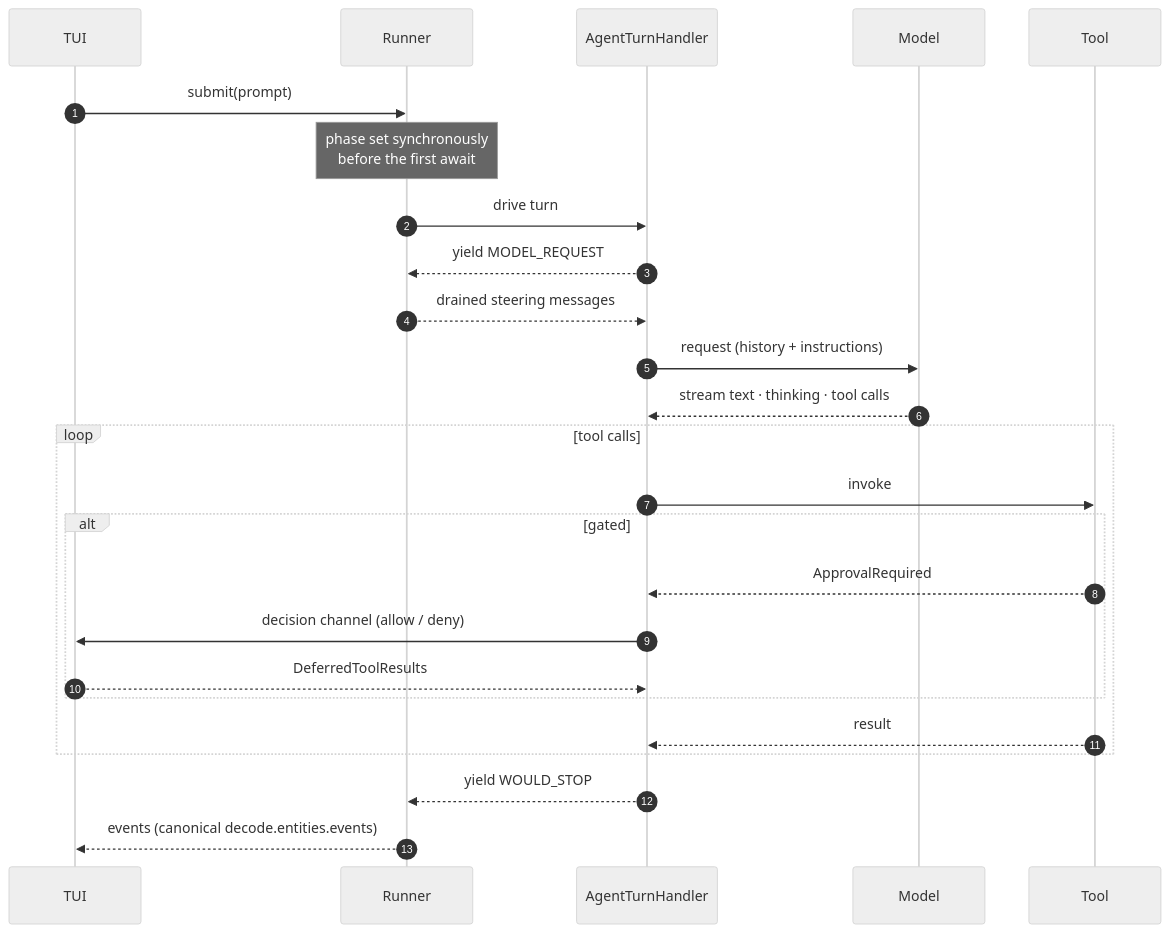
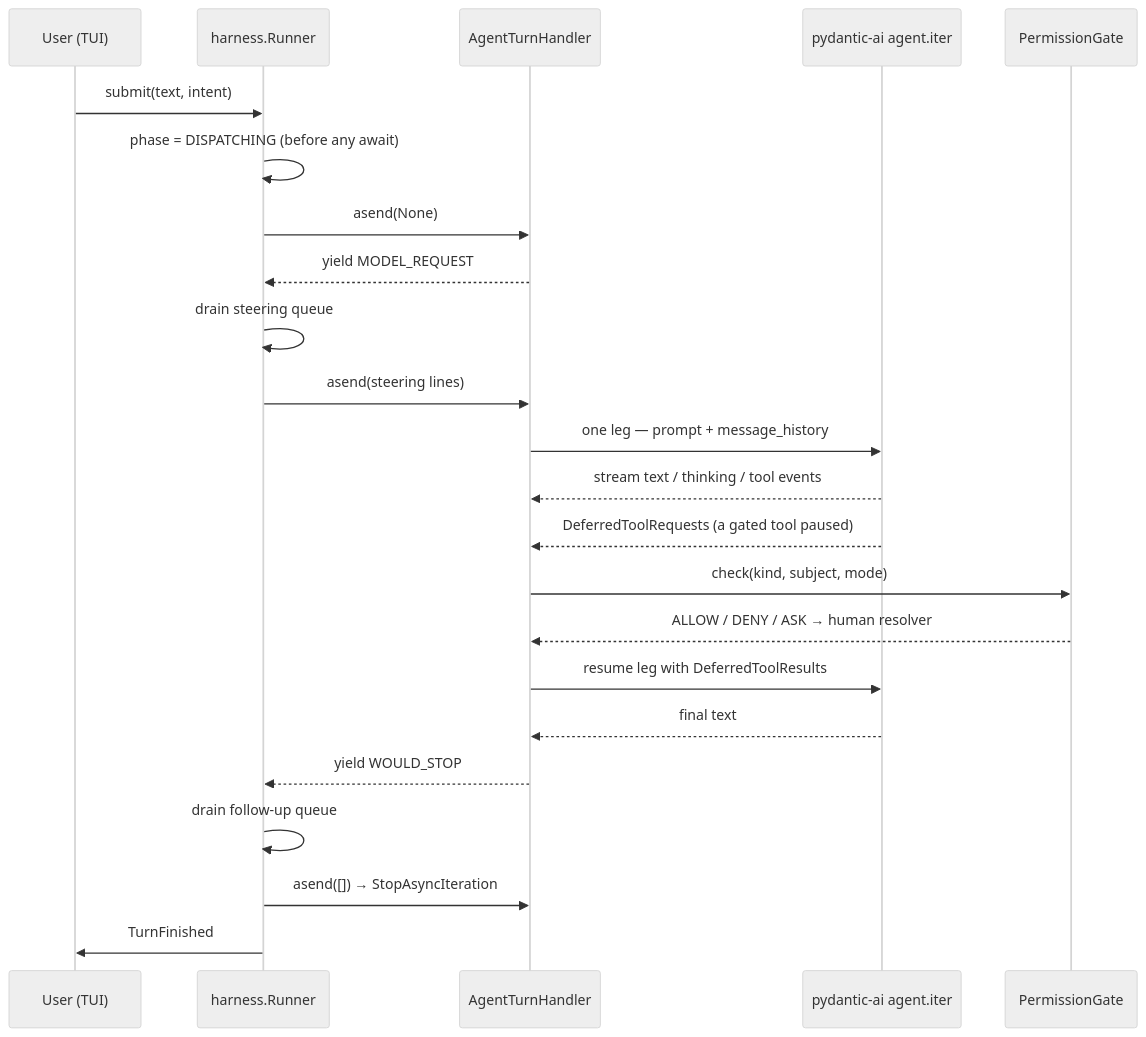
The third of 5 diagrams in 02-llm-wiki-ingest/examples/wiki-ai-engineering/wiki/repos/github-decodingai-magazine-building-a-coding-agent-from-scratch-course/ARCHITECTURE.md (decodingai-magazine/llm-wiki-workshop), drawn with Mermaid (neutral theme) before and after one commit. The commit also changed other lines of this file and 338 other files, not shown here.

````diff
--- a/02-llm-wiki-ingest/examples/wiki-ai-engineering/wiki/repos/github-decodingai-magazine-building-a-coding-agent-from-scratch-course/ARCHITECTURE.md
+++ b/02-llm-wiki-ingest/examples/wiki-ai-engineering/wiki/repos/github-decodingai-magazine-building-a-coding-agent-from-scratch-course/ARCHITECTURE.md
@@ -97,27 +132,25 @@
 ```mermaid
 sequenceDiagram
-    autonumber
-    participant U as TUI
-    participant R as Runner
+    participant U as User (TUI)
+    participant R as harness.Runner
     participant H as AgentTurnHandler
-    participant M as Model
-    participant T as Tool
-    U->>R: submit(prompt)
-    Note over R: phase set synchronously<br/>before the first await
-    R->>H: drive turn
+    participant A as pydantic-ai agent.iter
+    participant G as PermissionGate
+    U->>R: submit(text, intent)
+    R->>R: phase = DISPATCHING (before any await)
+    R->>H: asend(None)
     H-->>R: yield MODEL_REQUEST
-    R-->>H: drained steering messages
-    H->>M: request (history + instructions)
-    M-->>H: stream text · thinking · tool calls
-    loop tool calls
-        H->>T: invoke
-        alt gated
-            T-->>H: ApprovalRequired
-            H->>U: decision channel (allow / deny)
-            U-->>H: DeferredToolResults
-        end
-        T-->>H: result
-    end
+    R->>R: drain steering queue
+    R->>H: asend(steering lines)
+    H->>A: one leg — prompt + message_history
+    A-->>H: stream text / thinking / tool events
+    A-->>H: DeferredToolRequests (a gated tool paused)
+    H->>G: check(kind, subject, mode)
+    G-->>H: ALLOW / DENY / ASK → human resolver
+    H->>A: resume leg with DeferredToolResults
+    A-->>H: final text
     H-->>R: yield WOULD_STOP
-    R-->>U: events (canonical decode.entities.events)
+    R->>R: drain follow-up queue
+    R->>H: asend([]) → StopAsyncIteration
+    R->>U: TurnFinished
 ```
````
